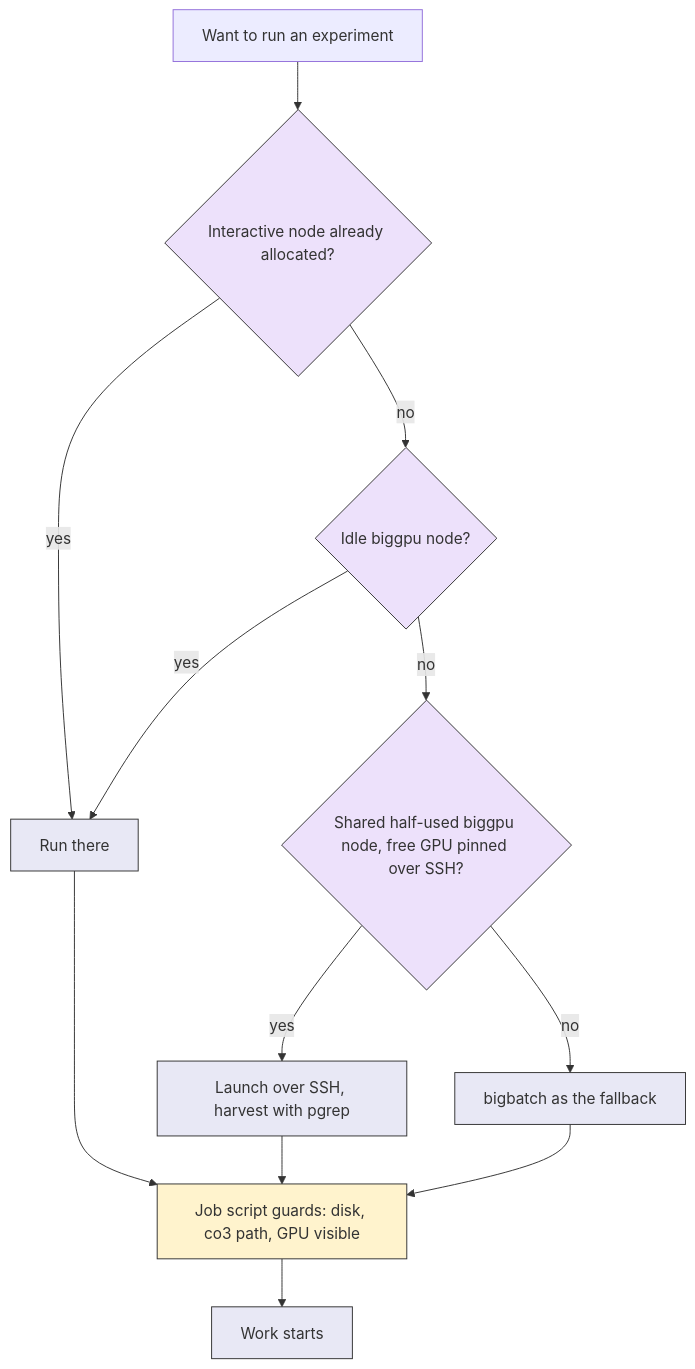
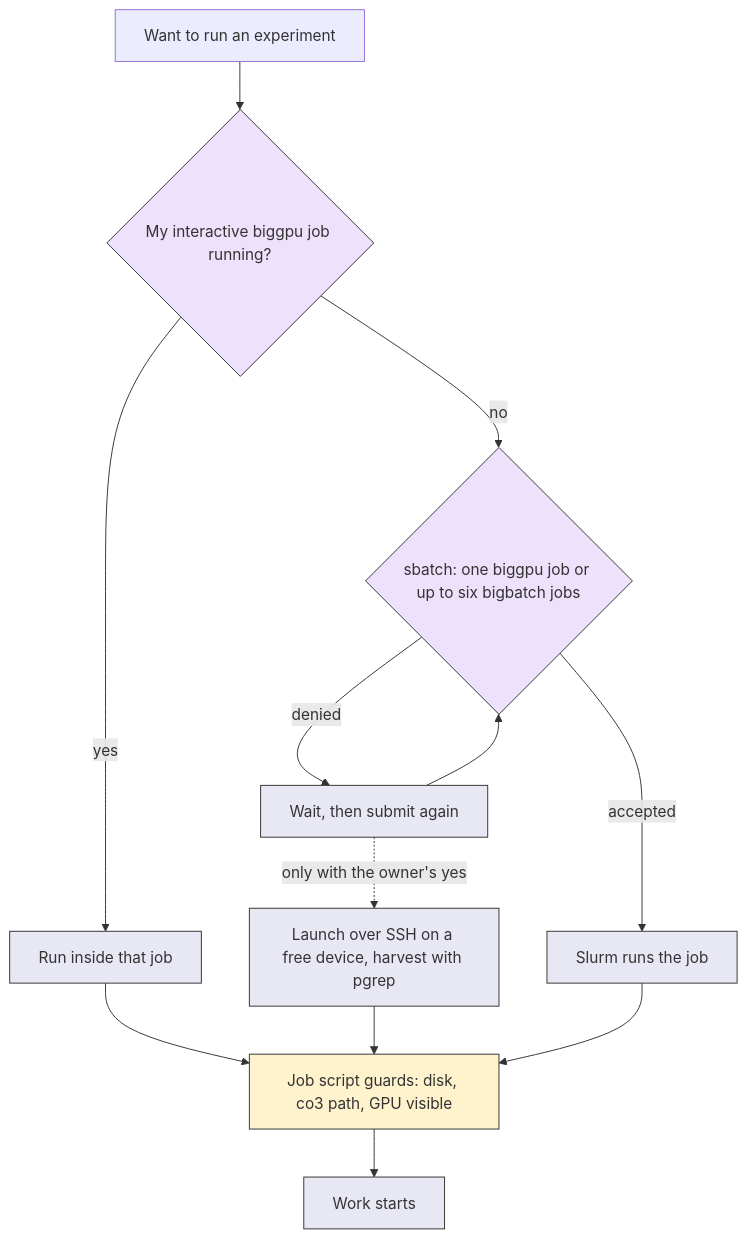
The diagram in environment/overview.md (mo-rsa24/concept-composition), drawn with Mermaid before and after one commit. The commit also changed other lines of this file and 19 other files, not shown here.

Commit message:
Pillars: finish the sbatch launch rule and clear the audit's format failures

````diff
--- a/environment/overview.md
+++ b/environment/overview.md
@@ -130,20 +131,20 @@
 ```mermaid
 flowchart TD
-  A["Want to run an experiment"] --> B{"Interactive node already allocated?"}
-  B -->|"yes"| Z["Run there"]
-  B -->|"no"| C{"Idle biggpu node?"}
-  C -->|"yes"| Z
-  C -->|"no"| D{"Shared half-used biggpu node, free GPU pinned over SSH?"}
-  D -->|"yes"| E["Launch over SSH, harvest with pgrep"]
-  D -->|"no"| F["bigbatch as the fallback"]
+  A["Want to run an experiment"] --> B{"My interactive biggpu job running?"}
+  B -->|"yes"| Z["Run inside that job"]
+  B -->|"no"| C{"sbatch: one biggpu job or up to six bigbatch jobs"}
+  C -->|"accepted"| F["Slurm runs the job"]
+  C -->|"denied"| D["Wait, then submit again"]
+  D --> C
+  D -.->|"only with the owner's yes"| E["Launch over SSH on a free device, harvest with pgrep"]
   Z --> G["Job script guards: disk, co3 path, GPU visible"]
   E --> G
   F --> G
   G --> H["Work starts"]
   classDef guard fill:#fff3cd,stroke:#333;
   classDef judge fill:#ede1fb,stroke:#333;
   classDef work fill:#e8e8f5,stroke:#333;
-  class B,C,D judge;
+  class B,C judge;
   class G guard;
-  class Z,E,F,H work;
+  class Z,D,E,F,H work;
 ```
````
